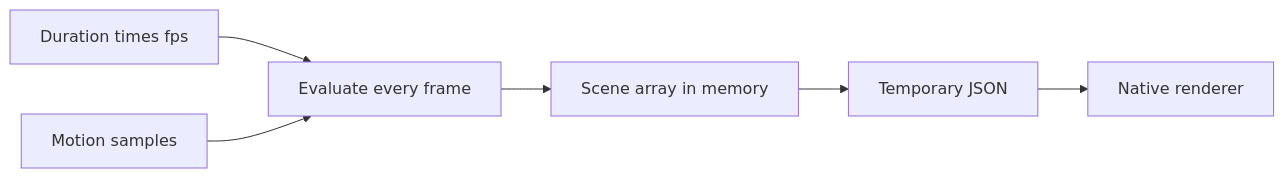
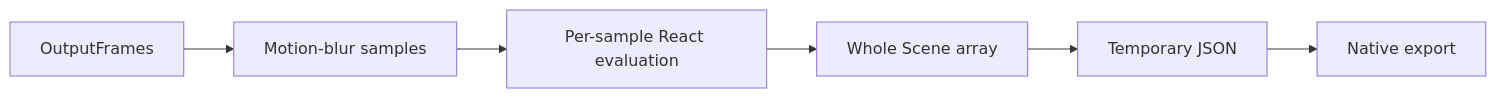
The diagram in docs/research/onda/r0.02/MATERIALIZATION_AND_SCALABILITY.md (Kkb113/CineKernel), drawn with Mermaid before and after one commit. The commit also changed other lines of this file and 66 other files, not shown here.

````diff
--- a/docs/research/onda/r0.02/MATERIALIZATION_AND_SCALABILITY.md
+++ b/docs/research/onda/r0.02/MATERIALIZATION_AND_SCALABILITY.md
@@ -5,8 +9,8 @@
 ```mermaid
 flowchart LR
-  Frames[Duration times fps] --> Evaluate[Evaluate every frame]
-  Samples[Motion samples] --> Evaluate
-  Evaluate --> Array[Scene array in memory]
-  Array --> JSON[Temporary JSON]
-  JSON --> Native[Native renderer]
+  OutputFrames --> Samples[Motion-blur samples]
+  Samples --> Evaluate[Per-sample React evaluation]
+  Evaluate --> Array[Whole Scene array]
+  Array --> Temp[Temporary JSON]
+  Temp --> Native[Native export]
 ```
````
